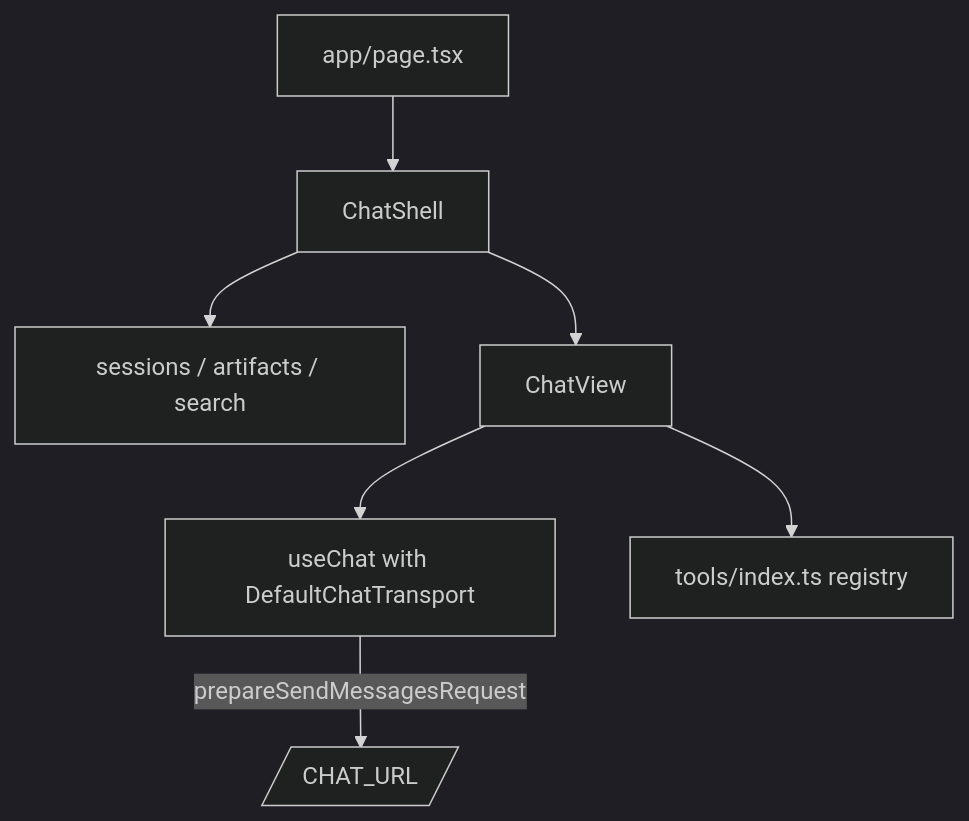
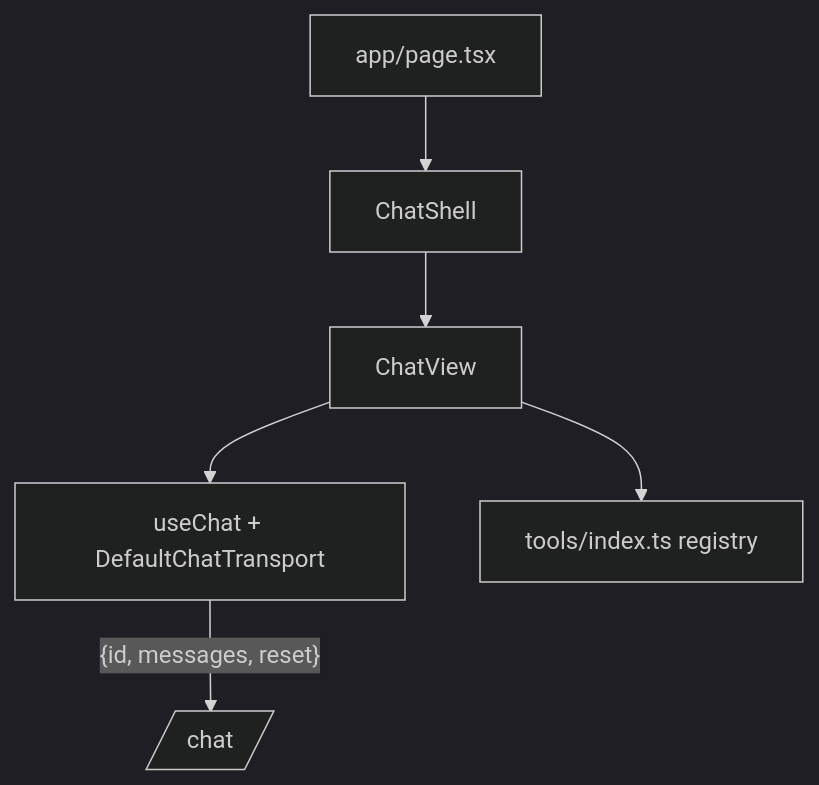
The diagram in docs/src/content/docs/modules/frontend.md (miskibin/local-code), drawn with Mermaid (dark theme) before and after one commit. The commit also changed other lines of this file and 17 other files, not shown here.

````diff
--- a/docs/src/content/docs/modules/frontend.md
+++ b/docs/src/content/docs/modules/frontend.md
@@ -11,9 +6,8 @@
 ```mermaid
 flowchart TB
     Page["app/page.tsx"] --> Shell[ChatShell]
-    Shell --> SessState[sessions / artifacts / search]
     Shell --> View[ChatView]
-    View --> UC[useChat with DefaultChatTransport]
-    UC -->|prepareSendMessagesRequest| BE[/CHAT_URL/]
-    View --> ToolRender[tools/index.ts registry]
+    View --> UC[useChat + DefaultChatTransport]
+    UC -- "{id, messages, reset}" --> BE[/chat/]
+    View --> Reg[tools/index.ts registry]
 ```
````
